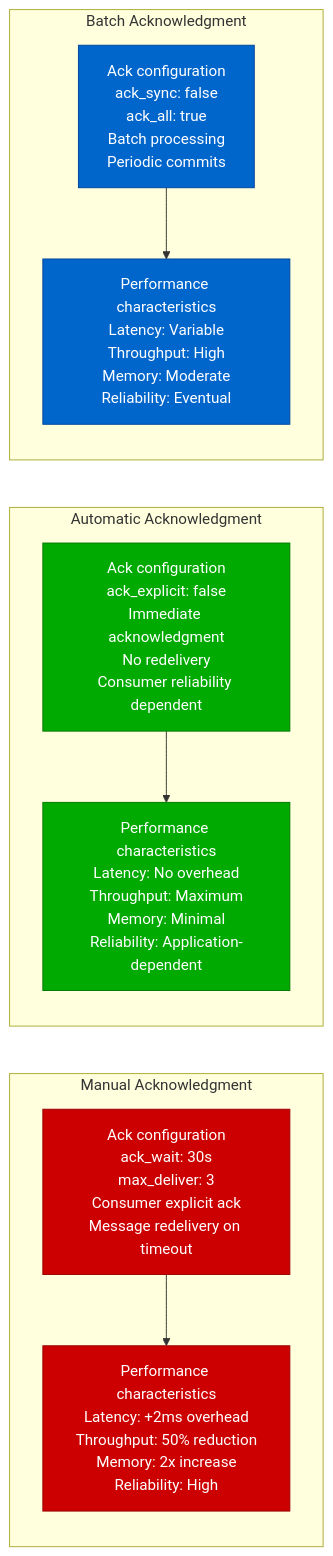
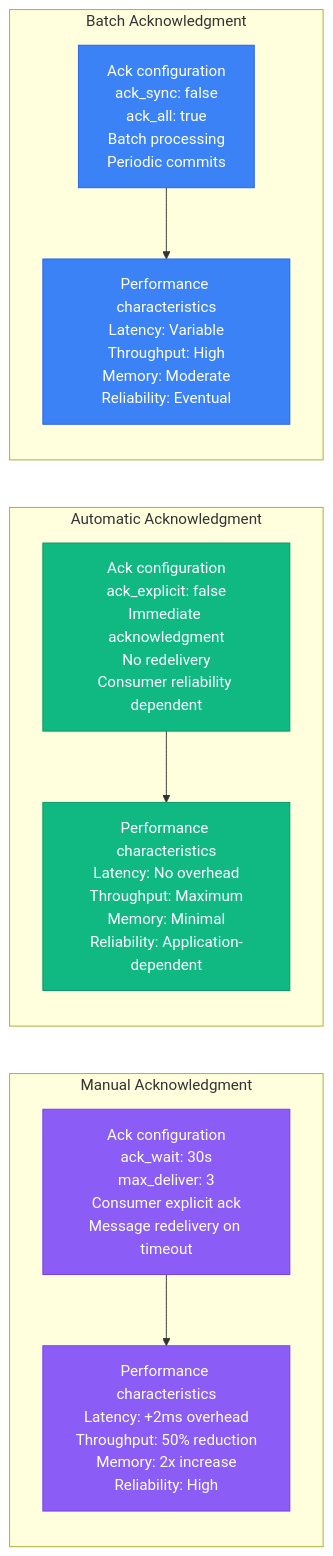
Before and after one commit to deepaucksharma/DS: the tenth of 13 diagrams in site/docs/performance/nats-performance-profile.md, drawn with Mermaid. The commit also changed other lines of this file and 303 other files, not shown here.

````diff
--- a/site/docs/performance/nats-performance-profile.md
+++ b/site/docs/performance/nats-performance-profile.md
@@ -356,34 +356,34 @@
 ```mermaid
 graph LR
     subgraph "Manual Acknowledgment"
         MANUAL1[Ack configuration<br/>ack_wait: 30s<br/>max_deliver: 3<br/>Consumer explicit ack<br/>Message redelivery on timeout]
 
         MANUAL2[Performance characteristics<br/>Latency: +2ms overhead<br/>Throughput: 50% reduction<br/>Memory: 2x increase<br/>Reliability: High]
 
         MANUAL1 --> MANUAL2
     end
 
     subgraph "Automatic Acknowledgment"
         AUTO1[Ack configuration<br/>ack_explicit: false<br/>Immediate acknowledgment<br/>No redelivery<br/>Consumer reliability dependent]
 
         AUTO2[Performance characteristics<br/>Latency: No overhead<br/>Throughput: Maximum<br/>Memory: Minimal<br/>Reliability: Application-dependent]
 
         AUTO1 --> AUTO2
     end
 
     subgraph "Batch Acknowledgment"
         BATCH1[Ack configuration<br/>ack_sync: false<br/>ack_all: true<br/>Batch processing<br/>Periodic commits]
 
         BATCH2[Performance characteristics<br/>Latency: Variable<br/>Throughput: High<br/>Memory: Moderate<br/>Reliability: Eventual]
 
         BATCH1 --> BATCH2
     end
 
-    classDef manualStyle fill:#CC0000,stroke:#990000,color:#fff
-    classDef autoStyle fill:#00AA00,stroke:#007700,color:#fff
-    classDef batchStyle fill:#0066CC,stroke:#004499,color:#fff
+    classDef manualStyle fill:#8B5CF6,stroke:#7C3AED,color:#fff
+    classDef autoStyle fill:#10B981,stroke:#059669,color:#fff
+    classDef batchStyle fill:#3B82F6,stroke:#2563EB,color:#fff
 
     class MANUAL1,MANUAL2 manualStyle
     class AUTO1,AUTO2 autoStyle
     class BATCH1,BATCH2 batchStyle
 ```
````
